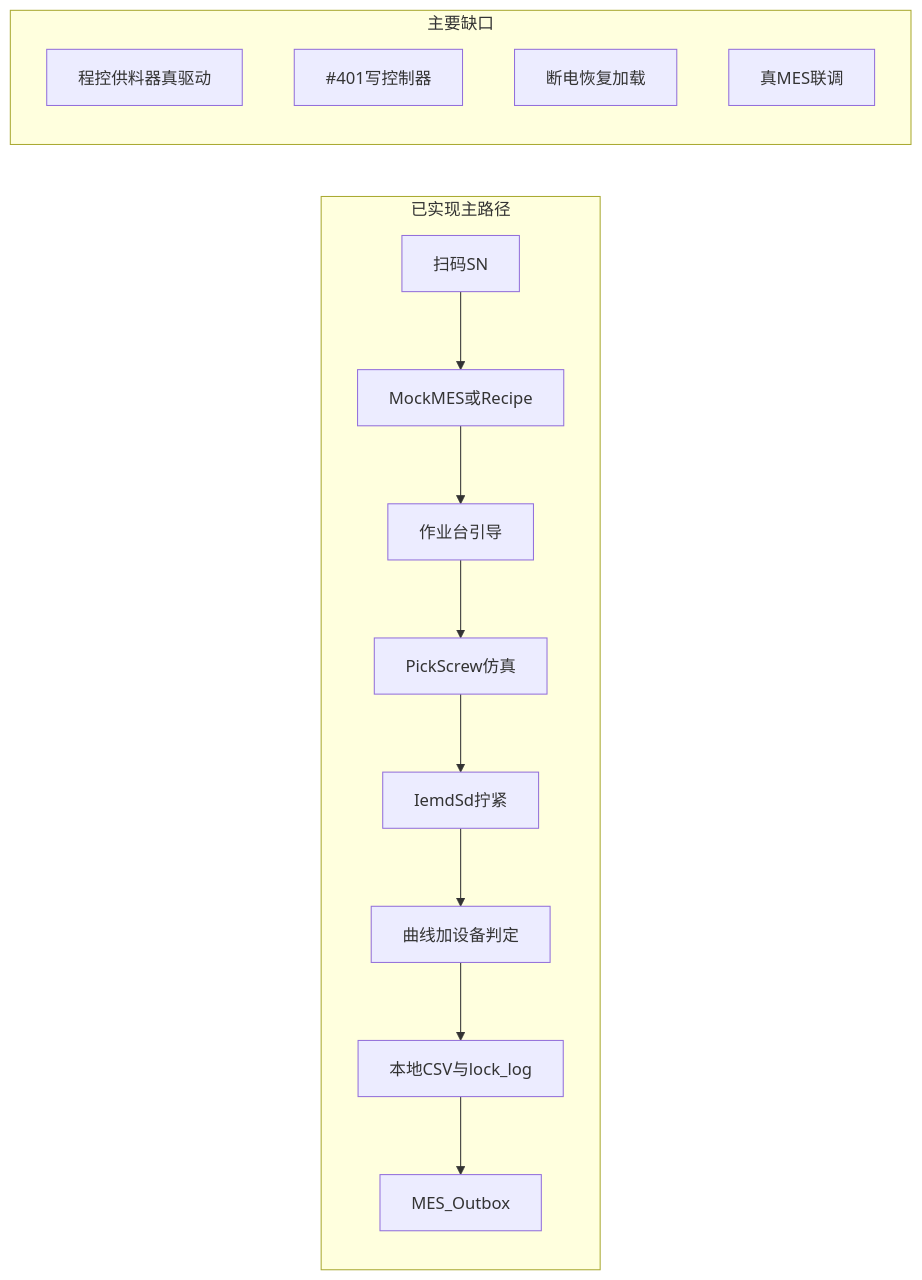
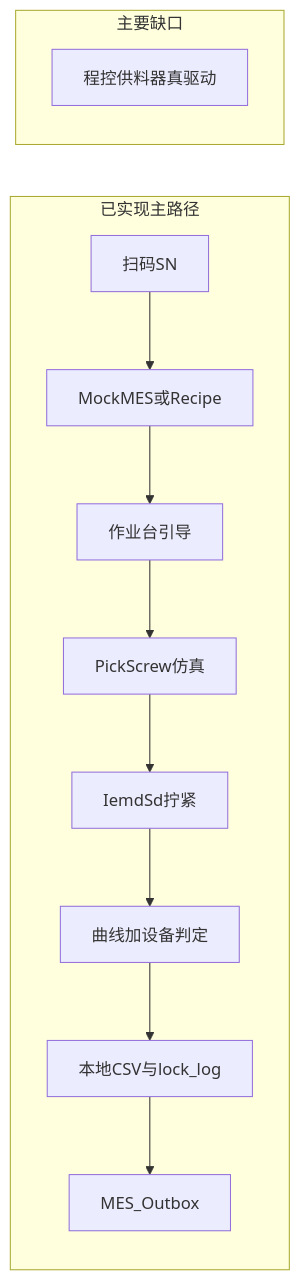
Before and after one commit to JacobLiou/AutoScrew: the diagram in doc/TODO.md, drawn with Mermaid. The commit also changed other lines of this file and 158 other files, not shown here.

````diff
--- a/doc/TODO.md
+++ b/doc/TODO.md
@@ -50,18 +51,15 @@
 ```mermaid
 flowchart LR
   subgraph done [已实现主路径]
     SN[扫码SN] --> MES[MockMES或Recipe]
     MES --> UI[作业台引导]
     UI --> FeedSim[PickScrew仿真]
     FeedSim --> HW[IemdSd拧紧]
     HW --> Judge[曲线加设备判定]
     Judge --> Archive[本地CSV与lock_log]
     Archive --> Outbox[MES_Outbox]
   end
   subgraph gap [主要缺口]
     Feeder[程控供料器真驱动]
-    Barcode["#401写控制器"]
-    Resume[断电恢复加载]
-    RealMES[真MES联调]
   end
 ```
````
